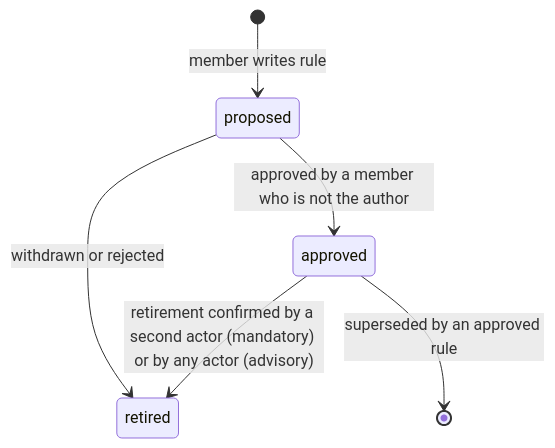
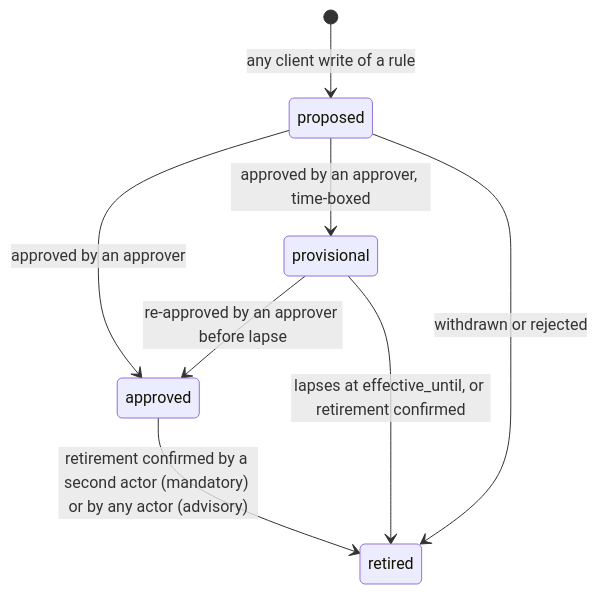
One commit to markmhendrickson/neotoma changed the second of 2 diagrams in docs/subsystems/rules.md. Above: the diagram before and after it, drawn with Mermaid. The commit also changed other lines of this file and 1 other file, not shown here.

````diff
--- a/docs/subsystems/rules.md
+++ b/docs/subsystems/rules.md
@@ -231,8 +282,10 @@
 ```mermaid
 stateDiagram-v2
-  [*] --> proposed: member writes rule
-  proposed --> approved: approved by a member who is not the author
+  [*] --> proposed: any client write of a rule
+  proposed --> approved: approved by an approver
+  proposed --> provisional: approved by an approver, time-boxed
   proposed --> retired: withdrawn or rejected
+  provisional --> approved: re-approved by an approver before lapse
+  provisional --> retired: lapses at effective_until, or retirement confirmed
   approved --> retired: retirement confirmed by a second actor (mandatory) or by any actor (advisory)
-  approved --> [*]: superseded by an approved rule
 ```
````
